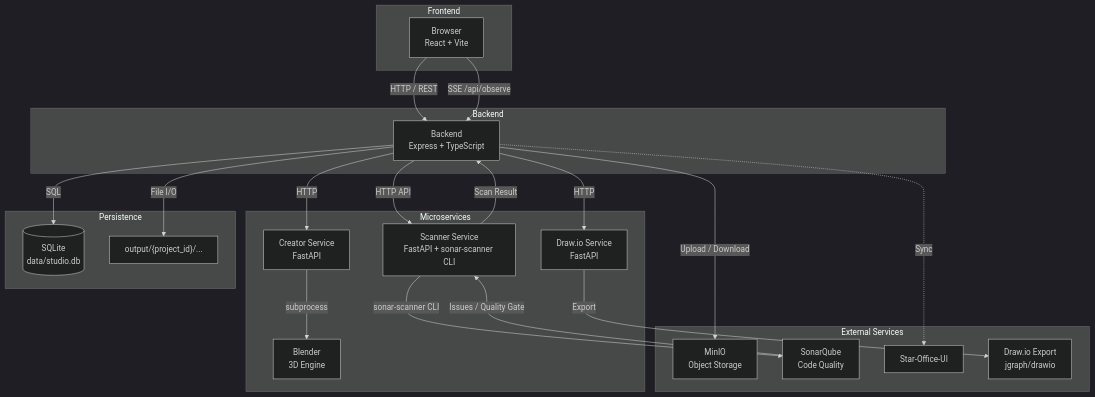
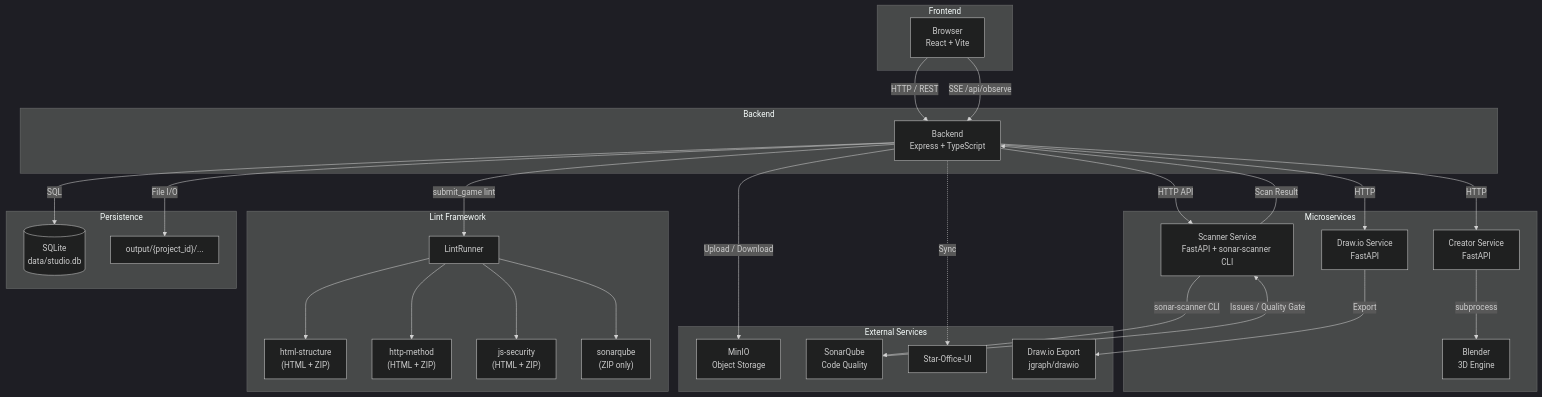
One commit to luoxiaojun1992/game-studio changed the diagram in docs/ARCHITECTURE.md. Above: the diagram before and after it, drawn with Mermaid (dark theme). The commit also changed 3 other files, not shown here.

First line of the commit message:
docs: relocate game framework specs and update lint diagrams

````diff
--- a/docs/ARCHITECTURE.md
+++ b/docs/ARCHITECTURE.md
@@ -18,46 +18,60 @@
 ```mermaid
 graph TB
     subgraph "Frontend"
         Browser["Browser<br/>React + Vite"]
     end
 
     subgraph "Backend"
         BE["Backend<br/>Express + TypeScript"]
+    end
+
+    subgraph "Lint Framework"
+        LintRunner["LintRunner"]
+        HtmlChecker["html-structure<br/>(HTML + ZIP)"]
+        HttpChecker["http-method<br/>(HTML + ZIP)"]
+        JsChecker["js-security<br/>(HTML + ZIP)"]
+        SonarChecker["sonarqube<br/>(ZIP only)"]
     end
 
     subgraph "External Services"
         MinIO["MinIO<br/>Object Storage"]
         Sonar["SonarQube<br/>Code Quality"]
         StarOffice["Star-Office-UI"]
         DrawioExport["Draw.io Export<br/>jgraph/drawio"]
     end
 
     subgraph "Microservices"
         Creator["Creator Service<br/>FastAPI"]
         Blender["Blender<br/>3D Engine"]
         Drawio["Draw.io Service<br/>FastAPI"]
         Scanner["Scanner Service<br/>FastAPI + sonar-scanner CLI"]
     end
 
     subgraph "Persistence"
         SQLite[("SQLite<br/>data/studio.db")]
         Output["output/{project_id}/..."]
     end
 
     Browser -->|HTTP / REST| BE
     Browser -->|SSE /api/observe| BE
 
     BE -->|HTTP| Creator
     BE -->|HTTP| Drawio
     BE -->|Upload / Download| MinIO
     BE -->|SQL| SQLite
     BE -->|File I/O| Output
+    BE -->|submit_game lint| LintRunner
     BE -->|HTTP API| Scanner
     BE -.->|Sync| StarOffice
     Creator -->|subprocess| Blender
     Drawio -->|Export| DrawioExport
 
+    LintRunner --> HtmlChecker
+    LintRunner --> HttpChecker
+    LintRunner --> JsChecker
+    LintRunner --> SonarChecker
+
     Scanner -->|sonar-scanner CLI| Sonar
     Sonar -->|Issues / Quality Gate| Scanner
     Scanner -->|Scan Result| BE
 ```
````
